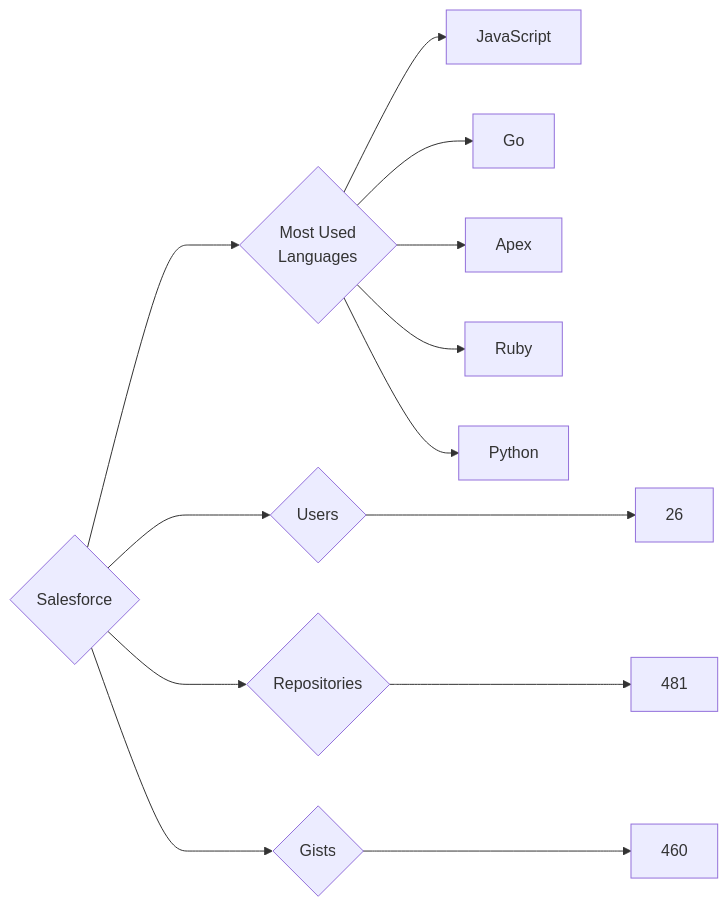
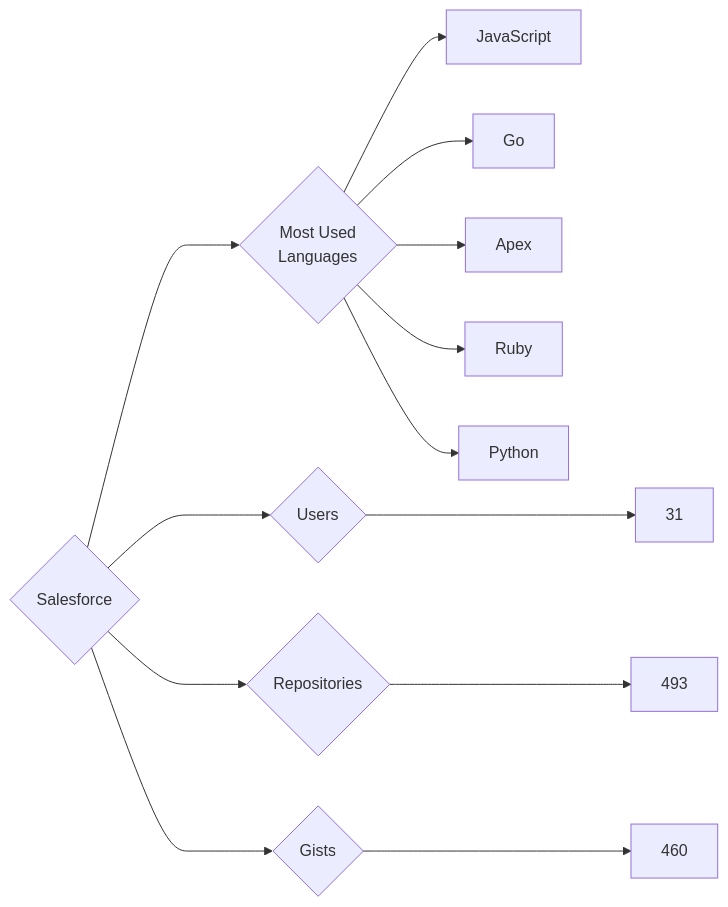
The diagram in targets/Salesforce/README.md (trickest/insiders), drawn with Mermaid before and after one commit. The commit also changed 948 other files, not shown here.

````diff
--- a/targets/Salesforce/README.md
+++ b/targets/Salesforce/README.md
@@ -3,13 +3,13 @@
 ```mermaid
 graph LR
 COMPANY_NAME{Salesforce}
-COMPANY_NAME ---> U{Users} ---> UN[26]
-COMPANY_NAME ---> R{Repositories} ---> RN[481]
+COMPANY_NAME ---> U{Users} ---> UN[31]
+COMPANY_NAME ---> R{Repositories} ---> RN[493]
 COMPANY_NAME ---> G{Gists} ---> GN[460]
 COMPANY_NAME ---> ML{Most Used<br>Languages}
 ML --> JavaScript[JavaScript]
 ML --> Go[Go]
 ML --> Apex[Apex]
 ML --> Ruby[Ruby]
 ML --> Python[Python]
 ```
````
